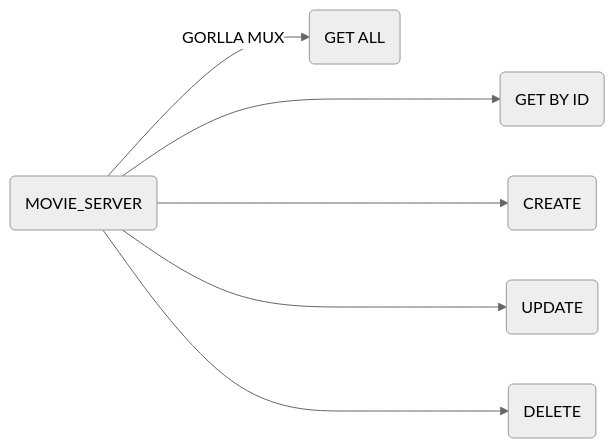
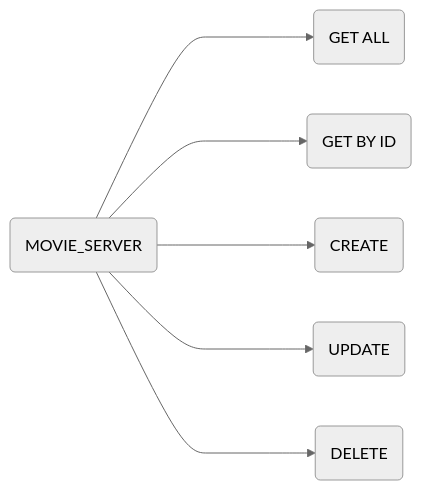
One commit to dev-hack95/movie_server changed the diagram in README.md. Above: the diagram before and after it, drawn with Mermaid (neutral theme).

````diff
--- a/README.md
+++ b/README.md
@@ -3,8 +3,8 @@
 ```mermaid
 flowchart LR;
-    A(MOVIE_SERVER) -- GORLLA MUX --> B(GET ALL);
+    A(MOVIE_SERVER) ----> B(GET ALL);
     A ----> C(GET BY ID);
     A ----> D(CREATE);
     A ----> E(UPDATE);
     A ----> F(DELETE);
 ```
````
